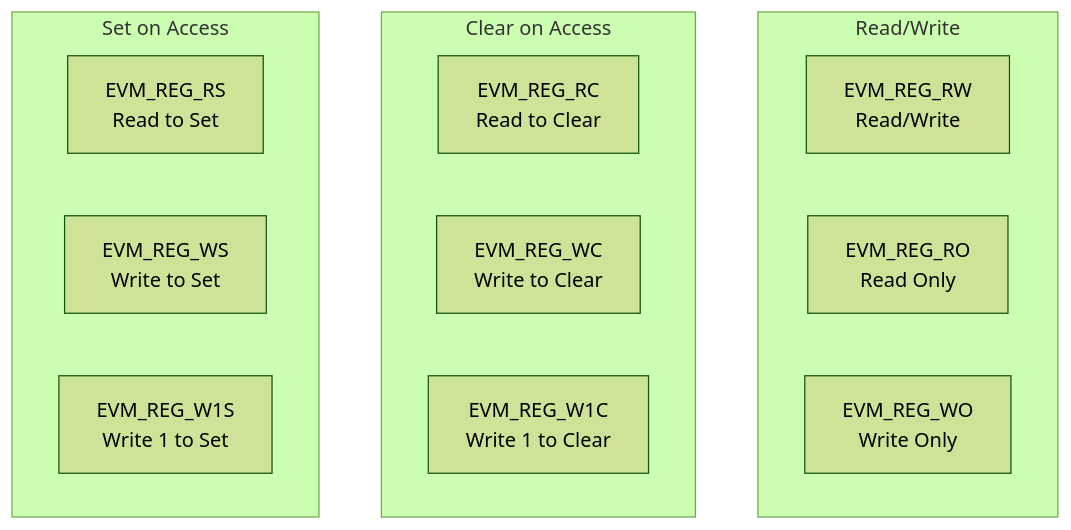
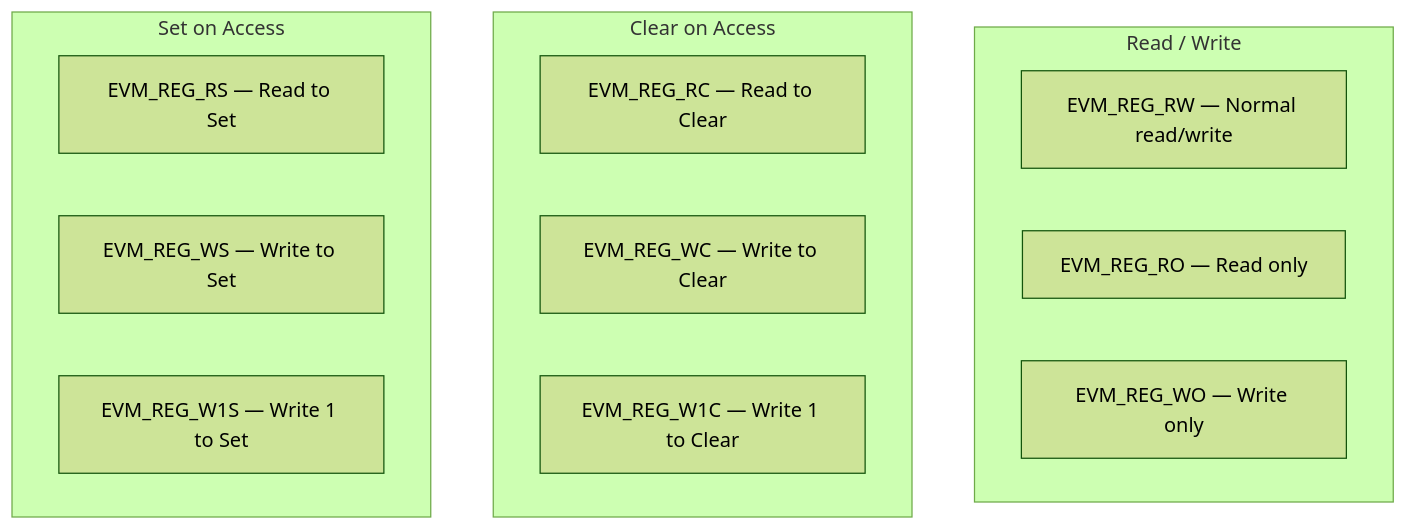
The second of 5 diagrams in vkit/docs/uml/02_register_model.md (DifferentialAudioInc/evm-sv), drawn with Mermaid (forest theme) before and after one commit. The commit also changed other lines of this file and 133 other files, not shown here.

````diff
--- a/vkit/docs/uml/02_register_model.md
+++ b/vkit/docs/uml/02_register_model.md
@@ -73,20 +147,18 @@
 ```mermaid
 graph TD
-    subgraph "Read/Write"
-        RW[EVM_REG_RW<br/>Read/Write]
-        RO[EVM_REG_RO<br/>Read Only]
-        WO[EVM_REG_WO<br/>Write Only]
+    subgraph ReadWrite["Read / Write"]
+        RW["EVM_REG_RW — Normal read/write"]
+        RO["EVM_REG_RO — Read only"]
+        WO["EVM_REG_WO — Write only"]
     end
-    
-    subgraph "Clear on Access"
-        RC[EVM_REG_RC<br/>Read to Clear]
-        WC[EVM_REG_WC<br/>Write to Clear]
-        W1C[EVM_REG_W1C<br/>Write 1 to Clear]
+    subgraph ClearOnAccess["Clear on Access"]
+        RC["EVM_REG_RC — Read to Clear"]
+        WC["EVM_REG_WC — Write to Clear"]
+        W1C["EVM_REG_W1C — Write 1 to Clear"]
     end
-    
-    subgraph "Set on Access"
-        RS[EVM_REG_RS<br/>Read to Set]
-        WS[EVM_REG_WS<br/>Write to Set]
-        W1S[EVM_REG_W1S<br/>Write 1 to Set]
+    subgraph SetOnAccess["Set on Access"]
+        RS["EVM_REG_RS — Read to Set"]
+        WS["EVM_REG_WS — Write to Set"]
+        W1S["EVM_REG_W1S — Write 1 to Set"]
     end
 ```
````
